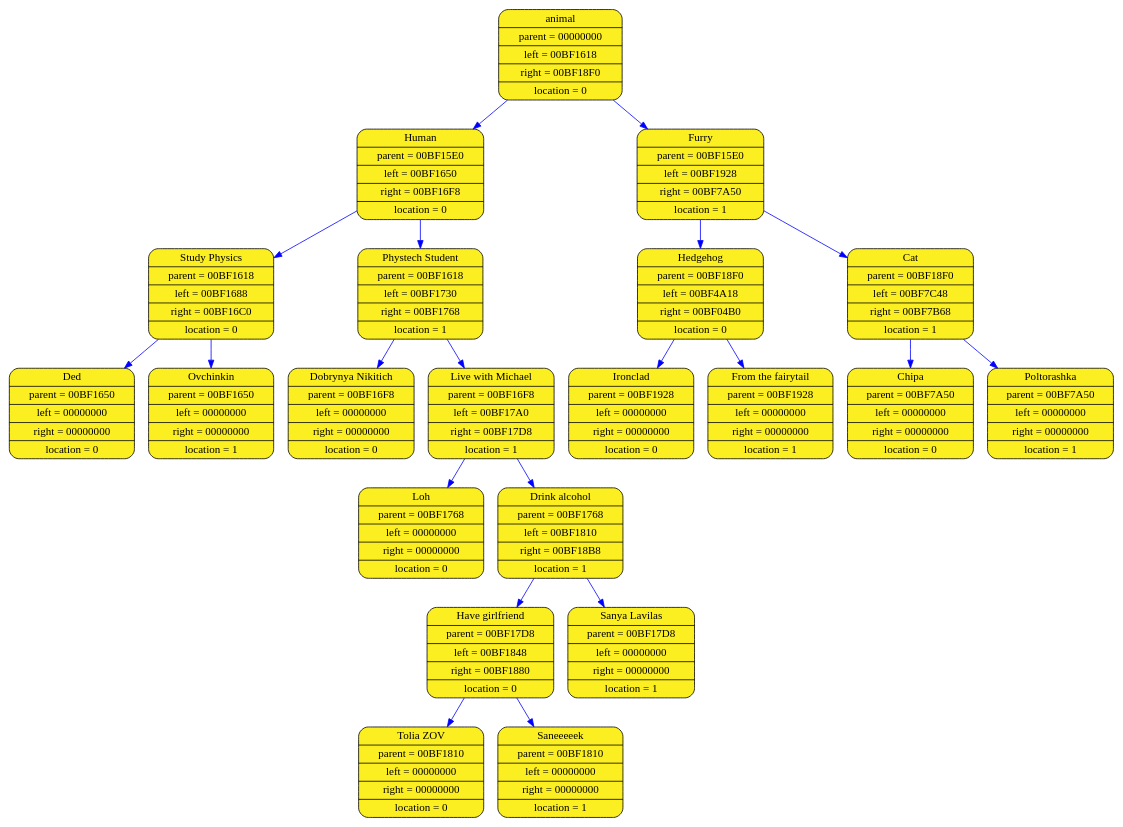
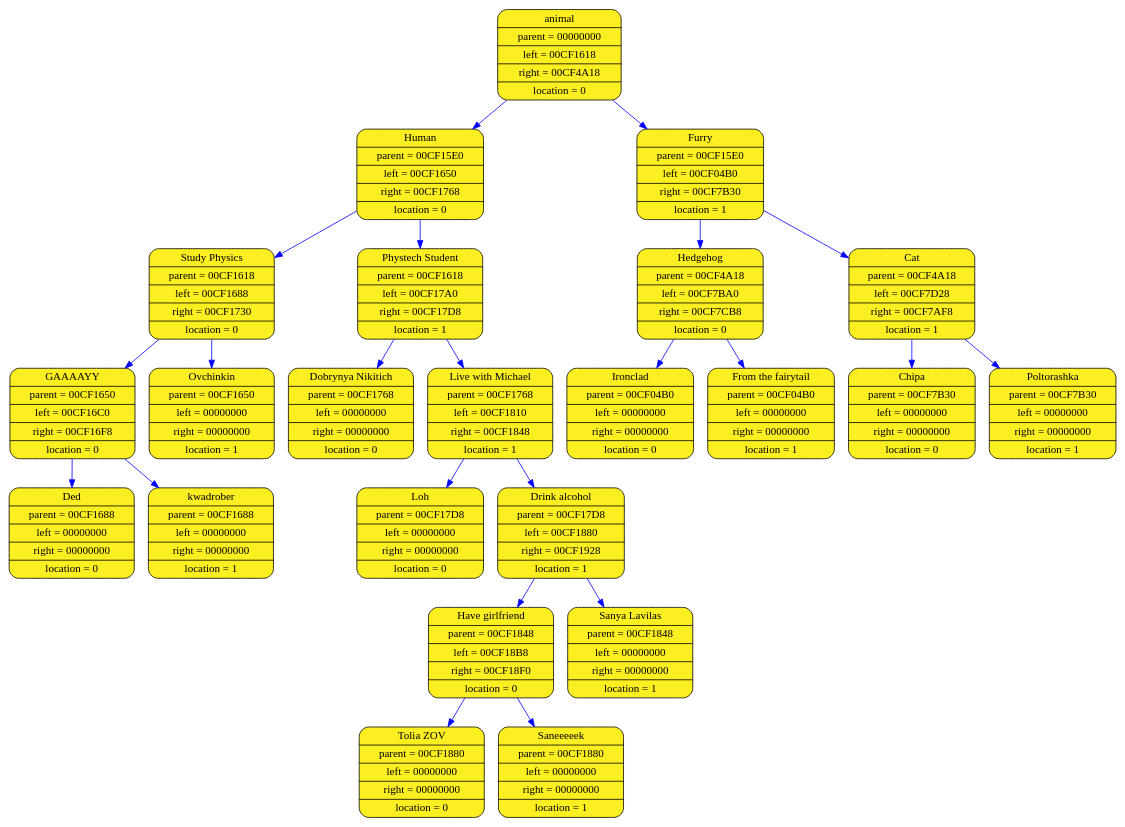
Before and after one commit to aywert/ACINATOR: the diagram in log_folder_acinator/acinator_graph.dot, drawn with Graphviz. The commit also changed 5 other files, not shown here.

```diff
--- a/log_folder_acinator/acinator_graph.dot
+++ b/log_folder_acinator/acinator_graph.dot
@@ -1,45 +1,49 @@
 digraph list
 {
 rankdir=HR;
-	12522980 [shape = Mrecord; style = filled; fillcolor="#FBEE21"; color = "#000000"; fontcolor = "#000000"; label = "{ animal| parent = 00000000| left = 00BF1618| right = 00BF18F0| location = 0}"];
-	12523036 [shape = Mrecord; style = filled; fillcolor="#FBEE21"; color = "#000000"; fontcolor = "#000000"; label = "{ Human| parent = 00BF15E0| left = 00BF1650| right = 00BF16F8| location = 0}"];
-	12522980 -> 12523036 [color="blue"]
-	12523092 [shape = Mrecord; style = filled; fillcolor="#FBEE21"; color = "#000000"; fontcolor = "#000000"; label = "{ Study Physics| parent = 00BF1618| left = 00BF1688| right = 00BF16C0| location = 0}"];
-	12523036 -> 12523092 [color="blue"]
-	12523148 [shape = Mrecord; style = filled; fillcolor="#FBEE21"; color = "#000000"; fontcolor = "#000000"; label = "{ Ded| parent = 00BF1650| left = 00000000| right = 00000000| location = 0}"];
-	12523092 -> 12523148 [color="blue"]
-	12523204 [shape = Mrecord; style = filled; fillcolor="#FBEE21"; color = "#000000"; fontcolor = "#000000"; label = "{ Ovchinkin| parent = 00BF1650| left = 00000000| right = 00000000| location = 1}"];
-	12523092 -> 12523204 [color="blue"]
-	12523260 [shape = Mrecord; style = filled; fillcolor="#FBEE21"; color = "#000000"; fontcolor = "#000000"; label = "{ Phystech Student| parent = 00BF1618| left = 00BF1730| right = 00BF1768| location = 1}"];
-	12523036 -> 12523260 [color="blue"]
-	12523316 [shape = Mrecord; style = filled; fillcolor="#FBEE21"; color = "#000000"; fontcolor = "#000000"; label = "{ Dobrynya Nikitich| parent = 00BF16F8| left = 00000000| right = 00000000| location = 0}"];
-	12523260 -> 12523316 [color="blue"]
-	12523372 [shape = Mrecord; style = filled; fillcolor="#FBEE21"; color = "#000000"; fontcolor = "#000000"; label = "{ Live with Michael| parent = 00BF16F8| left = 00BF17A0| right = 00BF17D8| location = 1}"];
-	12523260 -> 12523372 [color="blue"]
-	12523428 [shape = Mrecord; style = filled; fillcolor="#FBEE21"; color = "#000000"; fontcolor = "#000000"; label = "{ Loh| parent = 00BF1768| left = 00000000| right = 00000000| location = 0}"];
-	12523372 -> 12523428 [color="blue"]
-	12523484 [shape = Mrecord; style = filled; fillcolor="#FBEE21"; color = "#000000"; fontcolor = "#000000"; label = "{ Drink alcohol| parent = 00BF1768| left = 00BF1810| right = 00BF18B8| location = 1}"];
-	12523372 -> 12523484 [color="blue"]
-	12523540 [shape = Mrecord; style = filled; fillcolor="#FBEE21"; color = "#000000"; fontcolor = "#000000"; label = "{ Have girlfriend| parent = 00BF17D8| left = 00BF1848| right = 00BF1880| location = 0}"];
-	12523484 -> 12523540 [color="blue"]
-	12523596 [shape = Mrecord; style = filled; fillcolor="#FBEE21"; color = "#000000"; fontcolor = "#000000"; label = "{ Tolia ZOV| parent = 00BF1810| left = 00000000| right = 00000000| location = 0}"];
-	12523540 -> 12523596 [color="blue"]
-	12523652 [shape = Mrecord; style = filled; fillcolor="#FBEE21"; color = "#000000"; fontcolor = "#000000"; label = "{ Saneeeeek| parent = 00BF1810| left = 00000000| right = 00000000| location = 1}"];
-	12523540 -> 12523652 [color="blue"]
-	12523708 [shape = Mrecord; style = filled; fillcolor="#FBEE21"; color = "#000000"; fontcolor = "#000000"; label = "{ Sanya Lavilas| parent = 00BF17D8| left = 00000000| right = 00000000| location = 1}"];
-	12523484 -> 12523708 [color="blue"]
-	12523764 [shape = Mrecord; style = filled; fillcolor="#FBEE21"; color = "#000000"; fontcolor = "#000000"; label = "{ Furry| parent = 00BF15E0| left = 00BF1928| right = 00BF7A50| location = 1}"];
-	12522980 -> 12523764 [color="blue"]
-	12523820 [shape = Mrecord; style = filled; fillcolor="#FBEE21"; color = "#000000"; fontcolor = "#000000"; label = "{ Hedgehog| parent = 00BF18F0| left = 00BF4A18| right = 00BF04B0| location = 0}"];
-	12523764 -> 12523820 [color="blue"]
-	12536348 [shape = Mrecord; style = filled; fillcolor="#FBEE21"; color = "#000000"; fontcolor = "#000000"; label = "{ Ironclad| parent = 00BF1928| left = 00000000| right = 00000000| location = 0}"];
-	12523820 -> 12536348 [color="blue"]
-	12518580 [shape = Mrecord; style = filled; fillcolor="#FBEE21"; color = "#000000"; fontcolor = "#000000"; label = "{ From the fairytail| parent = 00BF1928| left = 00000000| right = 00000000| location = 1}"];
-	12523820 -> 12518580 [color="blue"]
-	12548692 [shape = Mrecord; style = filled; fillcolor="#FBEE21"; color = "#000000"; fontcolor = "#000000"; label = "{ Cat| parent = 00BF18F0| left = 00BF7C48| right = 00BF7B68| location = 1}"];
-	12523764 -> 12548692 [color="blue"]
-	12549196 [shape = Mrecord; style = filled; fillcolor="#FBEE21"; color = "#000000"; fontcolor = "#000000"; label = "{ Chipa| parent = 00BF7A50| left = 00000000| right = 00000000| location = 0}"];
-	12548692 -> 12549196 [color="blue"]
-	12548972 [shape = Mrecord; style = filled; fillcolor="#FBEE21"; color = "#000000"; fontcolor = "#000000"; label = "{ Poltorashka| parent = 00BF7A50| left = 00000000| right = 00000000| location = 1}"];
-	12548692 -> 12548972 [color="blue"]
+	13571556 [shape = Mrecord; style = filled; fillcolor="#FBEE21"; color = "#000000"; fontcolor = "#000000"; label = "{ animal| parent = 00000000| left = 00CF1618| right = 00CF4A18| location = 0}"];
+	13571612 [shape = Mrecord; style = filled; fillcolor="#FBEE21"; color = "#000000"; fontcolor = "#000000"; label = "{ Human| parent = 00CF15E0| left = 00CF1650| right = 00CF1768| location = 0}"];
+	13571556 -> 13571612 [color="blue"]
+	13571668 [shape = Mrecord; style = filled; fillcolor="#FBEE21"; color = "#000000"; fontcolor = "#000000"; label = "{ Study Physics| parent = 00CF1618| left = 00CF1688| right = 00CF1730| location = 0}"];
+	13571612 -> 13571668 [color="blue"]
+	13571724 [shape = Mrecord; style = filled; fillcolor="#FBEE21"; color = "#000000"; fontcolor = "#000000"; label = "{ GAAAAYY| parent = 00CF1650| left = 00CF16C0| right = 00CF16F8| location = 0}"];
+	13571668 -> 13571724 [color="blue"]
+	13571780 [shape = Mrecord; style = filled; fillcolor="#FBEE21"; color = "#000000"; fontcolor = "#000000"; label = "{ Ded| parent = 00CF1688| left = 00000000| right = 00000000| location = 0}"];
+	13571724 -> 13571780 [color="blue"]
+	13571836 [shape = Mrecord; style = filled; fillcolor="#FBEE21"; color = "#000000"; fontcolor = "#000000"; label = "{ kwadrober| parent = 00CF1688| left = 00000000| right = 00000000| location = 1}"];
+	13571724 -> 13571836 [color="blue"]
+	13571892 [shape = Mrecord; style = filled; fillcolor="#FBEE21"; color = "#000000"; fontcolor = "#000000"; label = "{ Ovchinkin| parent = 00CF1650| left = 00000000| right = 00000000| location = 1}"];
+	13571668 -> 13571892 [color="blue"]
+	13571948 [shape = Mrecord; style = filled; fillcolor="#FBEE21"; color = "#000000"; fontcolor = "#000000"; label = "{ Phystech Student| parent = 00CF1618| left = 00CF17A0| right = 00CF17D8| location = 1}"];
+	13571612 -> 13571948 [color="blue"]
+	13572004 [shape = Mrecord; style = filled; fillcolor="#FBEE21"; color = "#000000"; fontcolor = "#000000"; label = "{ Dobrynya Nikitich| parent = 00CF1768| left = 00000000| right = 00000000| location = 0}"];
+	13571948 -> 13572004 [color="blue"]
+	13572060 [shape = Mrecord; style = filled; fillcolor="#FBEE21"; color = "#000000"; fontcolor = "#000000"; label = "{ Live with Michael| parent = 00CF1768| left = 00CF1810| right = 00CF1848| location = 1}"];
+	13571948 -> 13572060 [color="blue"]
+	13572116 [shape = Mrecord; style = filled; fillcolor="#FBEE21"; color = "#000000"; fontcolor = "#000000"; label = "{ Loh| parent = 00CF17D8| left = 00000000| right = 00000000| location = 0}"];
+	13572060 -> 13572116 [color="blue"]
+	13572172 [shape = Mrecord; style = filled; fillcolor="#FBEE21"; color = "#000000"; fontcolor = "#000000"; label = "{ Drink alcohol| parent = 00CF17D8| left = 00CF1880| right = 00CF1928| location = 1}"];
+	13572060 -> 13572172 [color="blue"]
+	13572228 [shape = Mrecord; style = filled; fillcolor="#FBEE21"; color = "#000000"; fontcolor = "#000000"; label = "{ Have girlfriend| parent = 00CF1848| left = 00CF18B8| right = 00CF18F0| location = 0}"];
+	13572172 -> 13572228 [color="blue"]
+	13572284 [shape = Mrecord; style = filled; fillcolor="#FBEE21"; color = "#000000"; fontcolor = "#000000"; label = "{ Tolia ZOV| parent = 00CF1880| left = 00000000| right = 00000000| location = 0}"];
+	13572228 -> 13572284 [color="blue"]
+	13572340 [shape = Mrecord; style = filled; fillcolor="#FBEE21"; color = "#000000"; fontcolor = "#000000"; label = "{ Saneeeeek| parent = 00CF1880| left = 00000000| right = 00000000| location = 1}"];
+	13572228 -> 13572340 [color="blue"]
+	13572396 [shape = Mrecord; style = filled; fillcolor="#FBEE21"; color = "#000000"; fontcolor = "#000000"; label = "{ Sanya Lavilas| parent = 00CF1848| left = 00000000| right = 00000000| location = 1}"];
+	13572172 -> 13572396 [color="blue"]
+	13584924 [shape = Mrecord; style = filled; fillcolor="#FBEE21"; color = "#000000"; fontcolor = "#000000"; label = "{ Furry| parent = 00CF15E0| left = 00CF04B0| right = 00CF7B30| location = 1}"];
+	13571556 -> 13584924 [color="blue"]
+	13567156 [shape = Mrecord; style = filled; fillcolor="#FBEE21"; color = "#000000"; fontcolor = "#000000"; label = "{ Hedgehog| parent = 00CF4A18| left = 00CF7BA0| right = 00CF7CB8| location = 0}"];
+	13584924 -> 13567156 [color="blue"]
+	13597604 [shape = Mrecord; style = filled; fillcolor="#FBEE21"; color = "#000000"; fontcolor = "#000000"; label = "{ Ironclad| parent = 00CF04B0| left = 00000000| right = 00000000| location = 0}"];
+	13567156 -> 13597604 [color="blue"]
+	13597884 [shape = Mrecord; style = filled; fillcolor="#FBEE21"; color = "#000000"; fontcolor = "#000000"; label = "{ From the fairytail| parent = 00CF04B0| left = 00000000| right = 00000000| location = 1}"];
+	13567156 -> 13597884 [color="blue"]
+	13597492 [shape = Mrecord; style = filled; fillcolor="#FBEE21"; color = "#000000"; fontcolor = "#000000"; label = "{ Cat| parent = 00CF4A18| left = 00CF7D28| right = 00CF7AF8| location = 1}"];
+	13584924 -> 13597492 [color="blue"]
+	13597996 [shape = Mrecord; style = filled; fillcolor="#FBEE21"; color = "#000000"; fontcolor = "#000000"; label = "{ Chipa| parent = 00CF7B30| left = 00000000| right = 00000000| location = 0}"];
+	13597492 -> 13597996 [color="blue"]
+	13597436 [shape = Mrecord; style = filled; fillcolor="#FBEE21"; color = "#000000"; fontcolor = "#000000"; label = "{ Poltorashka| parent = 00CF7B30| left = 00000000| right = 00000000| location = 1}"];
+	13597492 -> 13597436 [color="blue"]
 	}
```
